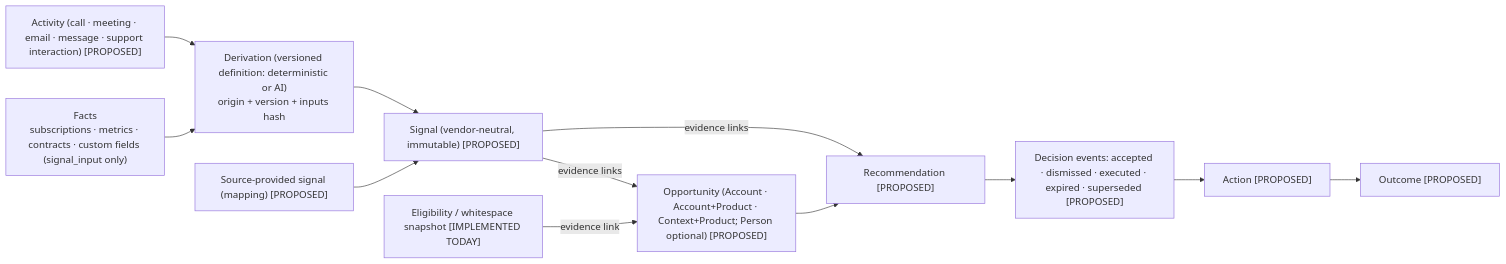
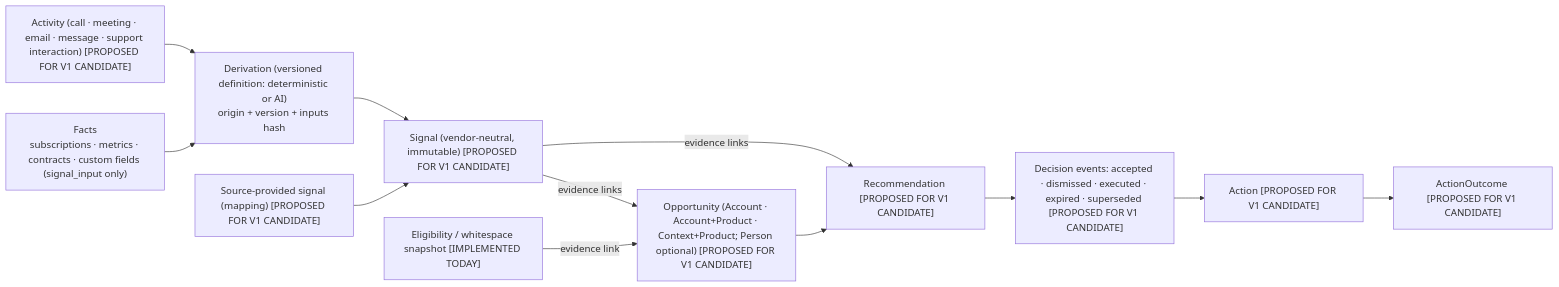
Before and after one commit to dataanalystram/revenueintelligence: the fourth of 5 diagrams in docs/architecture/canonical-v1/CANDIDATE.md, drawn with Mermaid. The commit also changed other lines of this file and 9 other files, not shown here.

First line of the commit message:
M9E E11: consistency and architecture pressure check (documentation only)

````diff
--- a/docs/architecture/canonical-v1/CANDIDATE.md
+++ b/docs/architecture/canonical-v1/CANDIDATE.md
@@ -116,23 +118,23 @@
 ```mermaid
 flowchart LR
   F1["Facts<br/>subscriptions · metrics · contracts · custom fields (signal_input only)"]
-  ACT["Activity (call · meeting · email · message · support interaction) [PROPOSED]"]
+  ACT["Activity (call · meeting · email · message · support interaction) [PROPOSED FOR V1 CANDIDATE]"]
   DER["Derivation (versioned definition: deterministic or AI)<br/>origin + version + inputs hash"]
-  SPS["Source-provided signal (mapping) [PROPOSED]"]
-  SIG["Signal (vendor-neutral, immutable) [PROPOSED]"]
+  SPS["Source-provided signal (mapping) [PROPOSED FOR V1 CANDIDATE]"]
+  SIG["Signal (vendor-neutral, immutable) [PROPOSED FOR V1 CANDIDATE]"]
   ELIG["Eligibility / whitespace snapshot [IMPLEMENTED TODAY]"]
-  OPP["Opportunity (Account · Account+Product · Context+Product; Person optional) [PROPOSED]"]
-  REC["Recommendation [PROPOSED]"]
-  EVT["Decision events: accepted · dismissed · executed · expired · superseded [PROPOSED]"]
-  ACTN["Action [PROPOSED]"]
-  OUT["Outcome [PROPOSED]"]
+  OPP["Opportunity (Account · Account+Product · Context+Product; Person optional) [PROPOSED FOR V1 CANDIDATE]"]
+  REC["Recommendation [PROPOSED FOR V1 CANDIDATE]"]
+  EVT["Decision events: accepted · dismissed · executed · expired · superseded [PROPOSED FOR V1 CANDIDATE]"]
+  ACTN["Action [PROPOSED FOR V1 CANDIDATE]"]
+  OUT["ActionOutcome [PROPOSED FOR V1 CANDIDATE]"]
   F1 --> DER
   ACT --> DER
   DER --> SIG
   SPS --> SIG
   SIG -->|"evidence links"| OPP
   ELIG -->|"evidence link"| OPP
   OPP --> REC
   SIG -->|"evidence links"| REC
   REC --> EVT --> ACTN --> OUT
 ```
````
